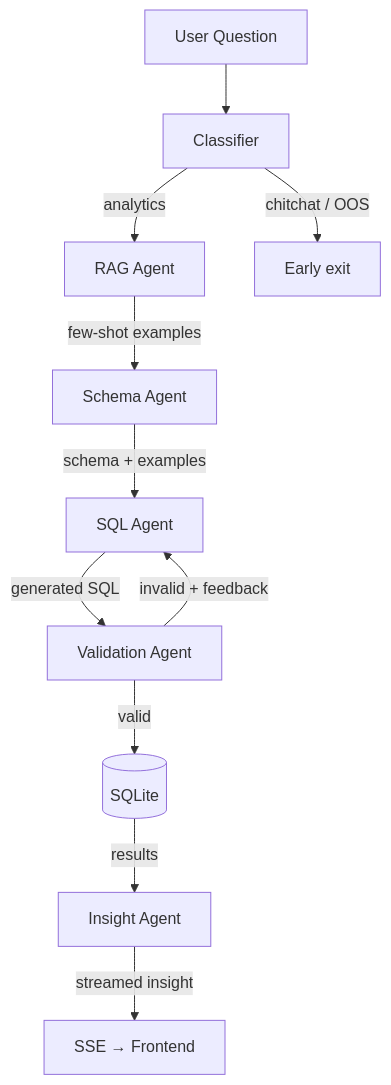
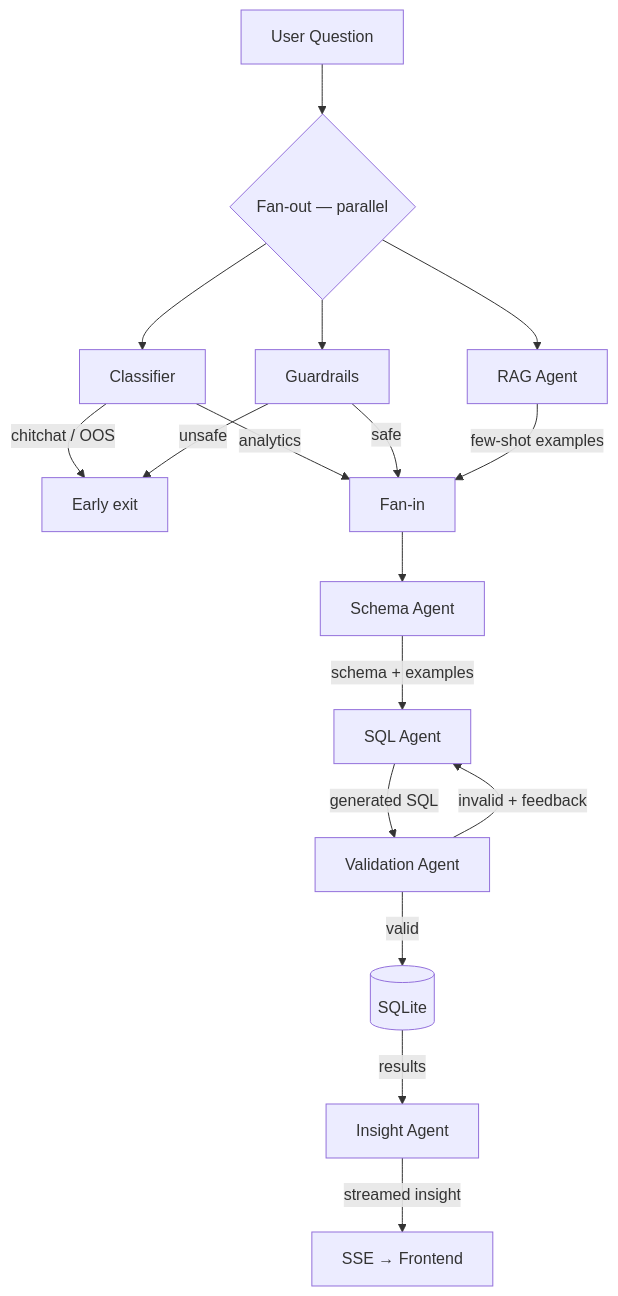
The diagram in backend/agents/README.md (vignesh-deva/generative-bi), drawn with Mermaid before and after one commit. The commit also changed other lines of this file and 10 other files, not shown here.

````diff
--- a/backend/agents/README.md
+++ b/backend/agents/README.md
@@ -23,13 +24,19 @@
 ```mermaid
 flowchart TD
-    Q[User Question] --> C[Classifier]
-    C -->|analytics| R[RAG Agent]
+    Q[User Question] --> FAN{Fan-out — parallel}
+    FAN --> C[Classifier]
+    FAN --> G[Guardrails]
+    FAN --> R[RAG Agent]
     C -->|chitchat / OOS| STOP[Early exit]
-    R -->|few-shot examples| S[Schema Agent]
+    C -->|analytics| MERGE[Fan-in]
+    G -->|safe| MERGE
+    G -->|unsafe| STOP
+    R -->|few-shot examples| MERGE
+    MERGE --> S[Schema Agent]
     S -->|schema + examples| SQL[SQL Agent]
     SQL -->|generated SQL| V[Validation Agent]
     V -->|valid| DB[(SQLite)]
     V -->|invalid + feedback| SQL
     DB -->|results| I[Insight Agent]
     I -->|streamed insight| SSE[SSE → Frontend]
 ```
````
